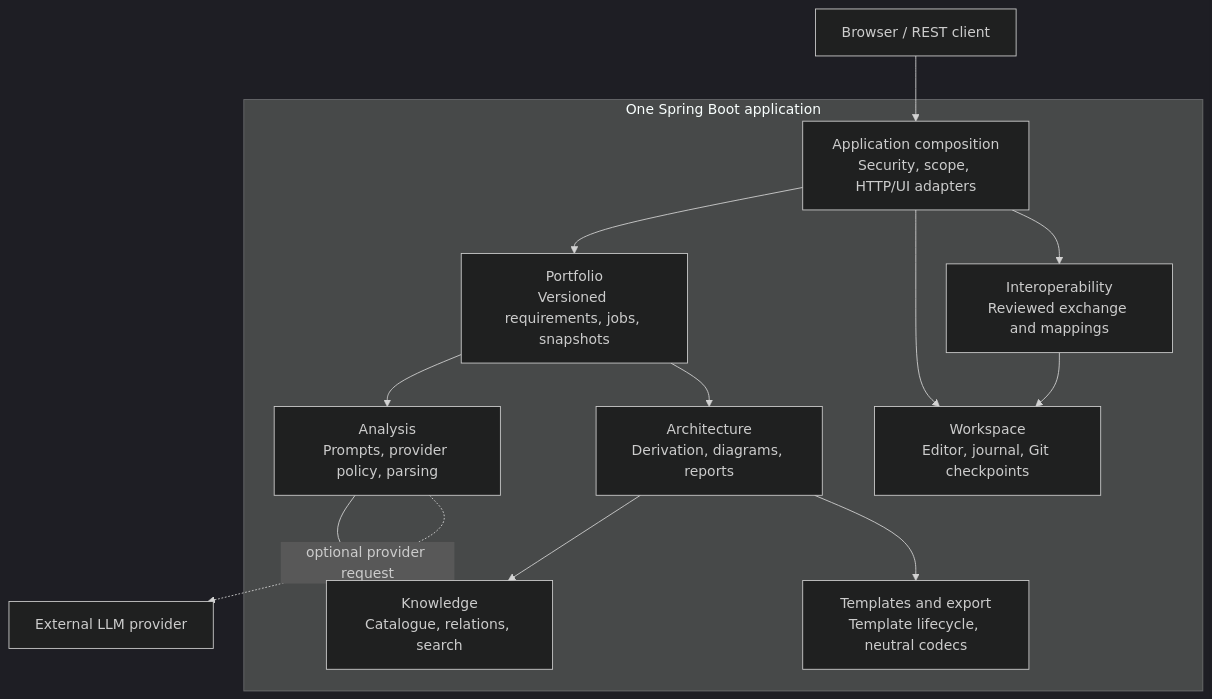
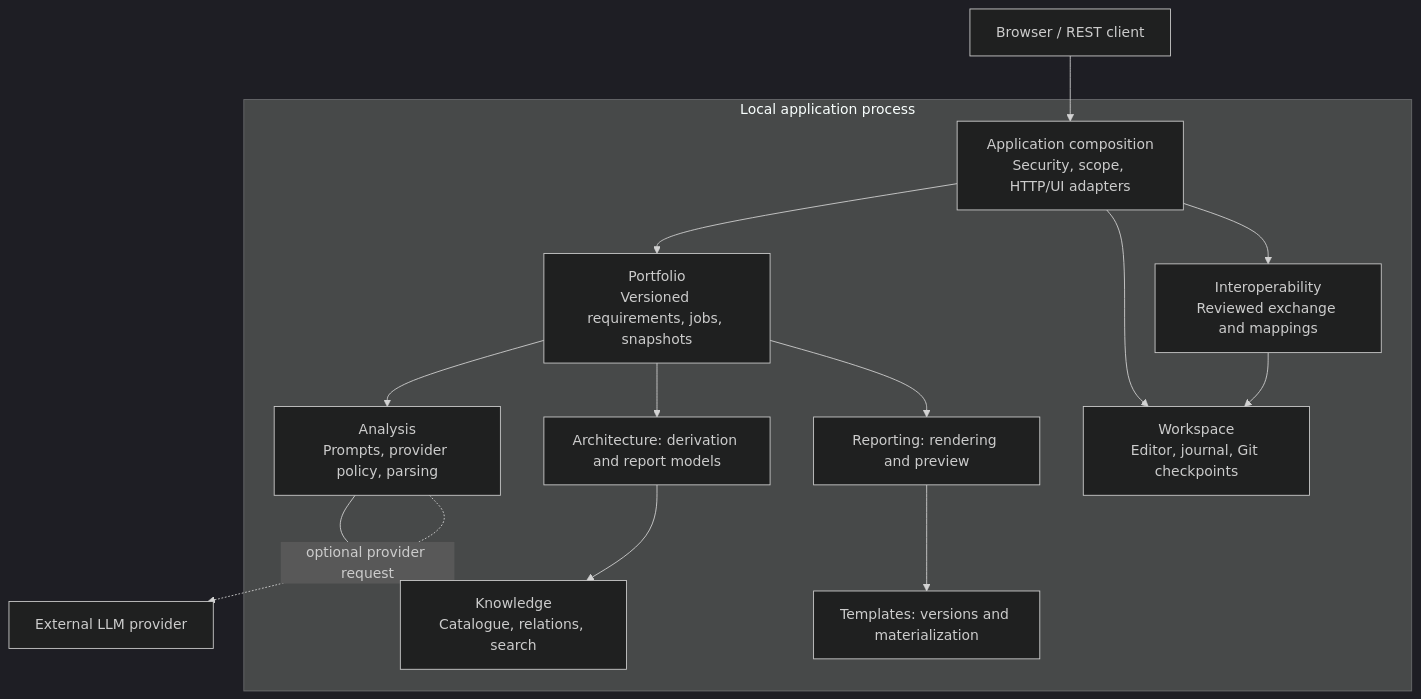
One commit to carstenartur/Taxonomy changed the first of 5 diagrams in docs/en/ARCHITECTURE.md. Above: the diagram before and after it, drawn with Mermaid (dark theme). The commit also changed other lines of this file and 27 other files, not shown here.

Commit message:
docs: align architecture, developer guides and screenshot evidence (#1262)

````diff
--- a/docs/en/ARCHITECTURE.md
+++ b/docs/en/ARCHITECTURE.md
@@ -55,24 +57,26 @@
 ```mermaid
 flowchart TB
     Client["Browser / REST client"] --> HTTP
-    subgraph Application["One Spring Boot application"]
+    subgraph Application["Local application process"]
         HTTP["Application composition<br/>Security, scope, HTTP/UI adapters"]
         Portfolio["Portfolio<br/>Versioned requirements, jobs, snapshots"]
         Analysis["Analysis<br/>Prompts, provider policy, parsing"]
         Knowledge["Knowledge<br/>Catalogue, relations, search"]
-        Architecture["Architecture<br/>Derivation, diagrams, reports"]
+        Architecture["Architecture: derivation and report models"]
+        Reporting["Reporting: rendering and preview"]
         Workspace["Workspace<br/>Editor, journal, Git checkpoints"]
         Interop["Interoperability<br/>Reviewed exchange and mappings"]
-        Templates["Templates and export<br/>Template lifecycle, neutral codecs"]
+        Templates["Templates: versions and materialization"]
         HTTP --> Portfolio
         HTTP --> Workspace
         HTTP --> Interop
         Portfolio --> Analysis
         Portfolio --> Architecture
+        Portfolio --> Reporting
         Analysis --> Knowledge
         Architecture --> Knowledge
-        Architecture --> Templates
+        Reporting --> Templates
         Interop --> Workspace
     end
     Analysis -.->|optional provider request| LLM["External LLM provider"]
 ```
````
